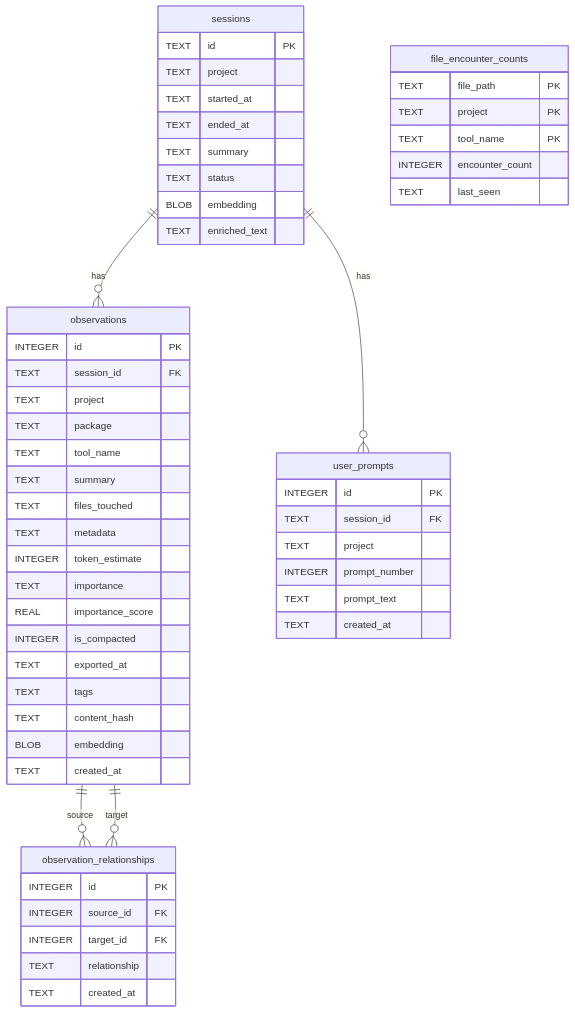
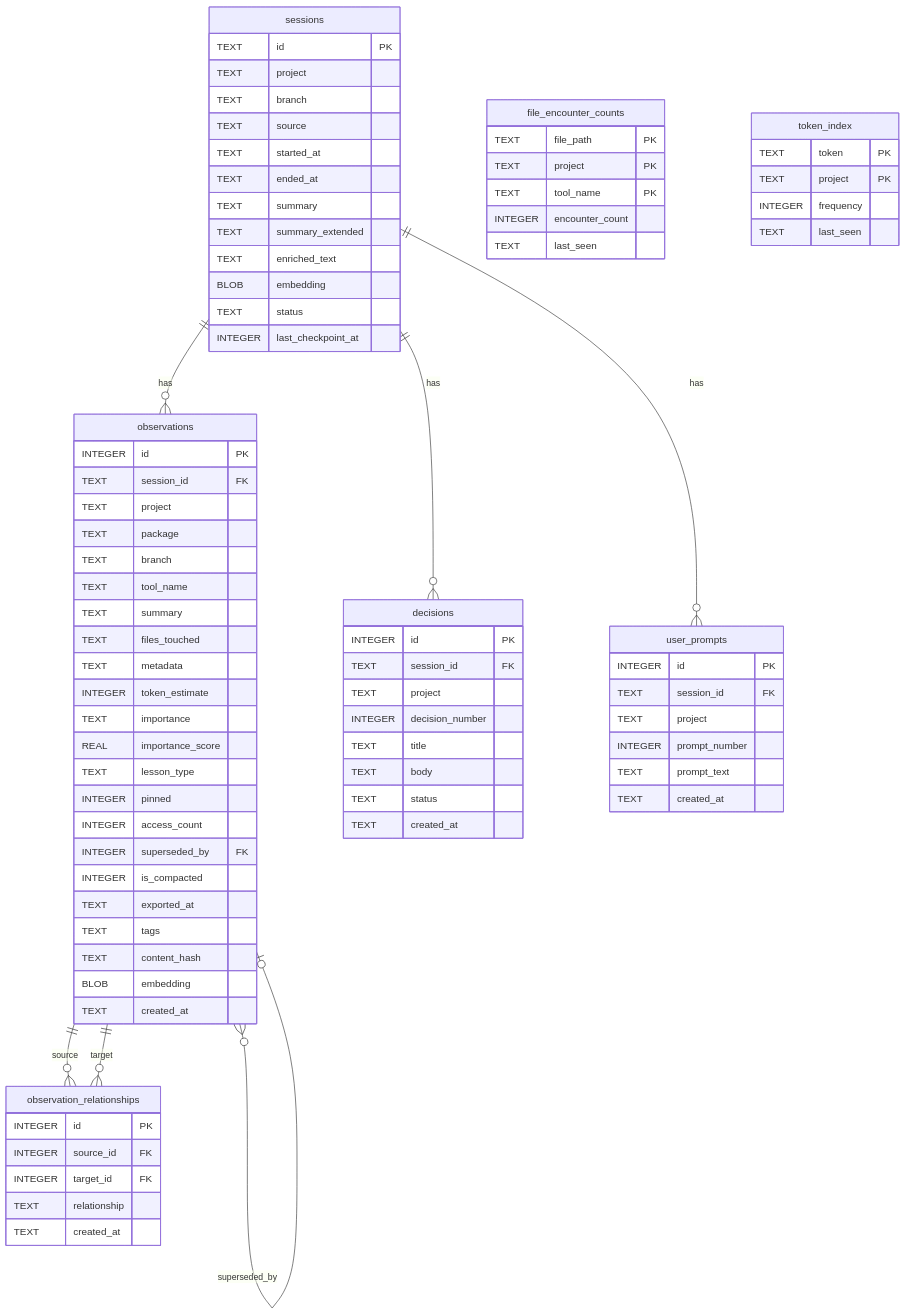
The second of 7 diagrams in docs/ARCHITECTURE.md (mrlesmithjr/claude-context-manager), drawn with Mermaid before and after one commit. The commit also changed other lines of this file and 3 other files, not shown here.

````diff
--- a/docs/ARCHITECTURE.md
+++ b/docs/ARCHITECTURE.md
@@ -245,18 +285,23 @@
     sessions {
         TEXT id PK
         TEXT project
+        TEXT branch
+        TEXT source
         TEXT started_at
         TEXT ended_at
         TEXT summary
+        TEXT summary_extended
+        TEXT enriched_text
+        BLOB embedding
         TEXT status
-        BLOB embedding
-        TEXT enriched_text
+        INTEGER last_checkpoint_at
     }
     observations {
         INTEGER id PK
         TEXT session_id FK
         TEXT project
         TEXT package
+        TEXT branch
         TEXT tool_name
         TEXT summary
         TEXT files_touched
@@ -264,11 +309,25 @@
         INTEGER token_estimate
         TEXT importance
         REAL importance_score
+        TEXT lesson_type
+        INTEGER pinned
+        INTEGER access_count
+        INTEGER superseded_by FK
         INTEGER is_compacted
         TEXT exported_at
         TEXT tags
         TEXT content_hash
         BLOB embedding
+        TEXT created_at
+    }
+    decisions {
+        INTEGER id PK
+        TEXT session_id FK
+        TEXT project
+        INTEGER decision_number
+        TEXT title
+        TEXT body
+        TEXT status
         TEXT created_at
     }
     user_prompts {
@@ -293,9 +352,17 @@
         TEXT relationship
         TEXT created_at
     }
+    token_index {
+        TEXT token PK
+        TEXT project PK
+        INTEGER frequency
+        TEXT last_seen
+    }
 
     sessions ||--o{ observations : "has"
     sessions ||--o{ user_prompts : "has"
+    sessions ||--o{ decisions : "has"
     observations ||--o{ observation_relationships : "source"
     observations ||--o{ observation_relationships : "target"
+    observations }o--o| observations : "superseded_by"
 ```
````
